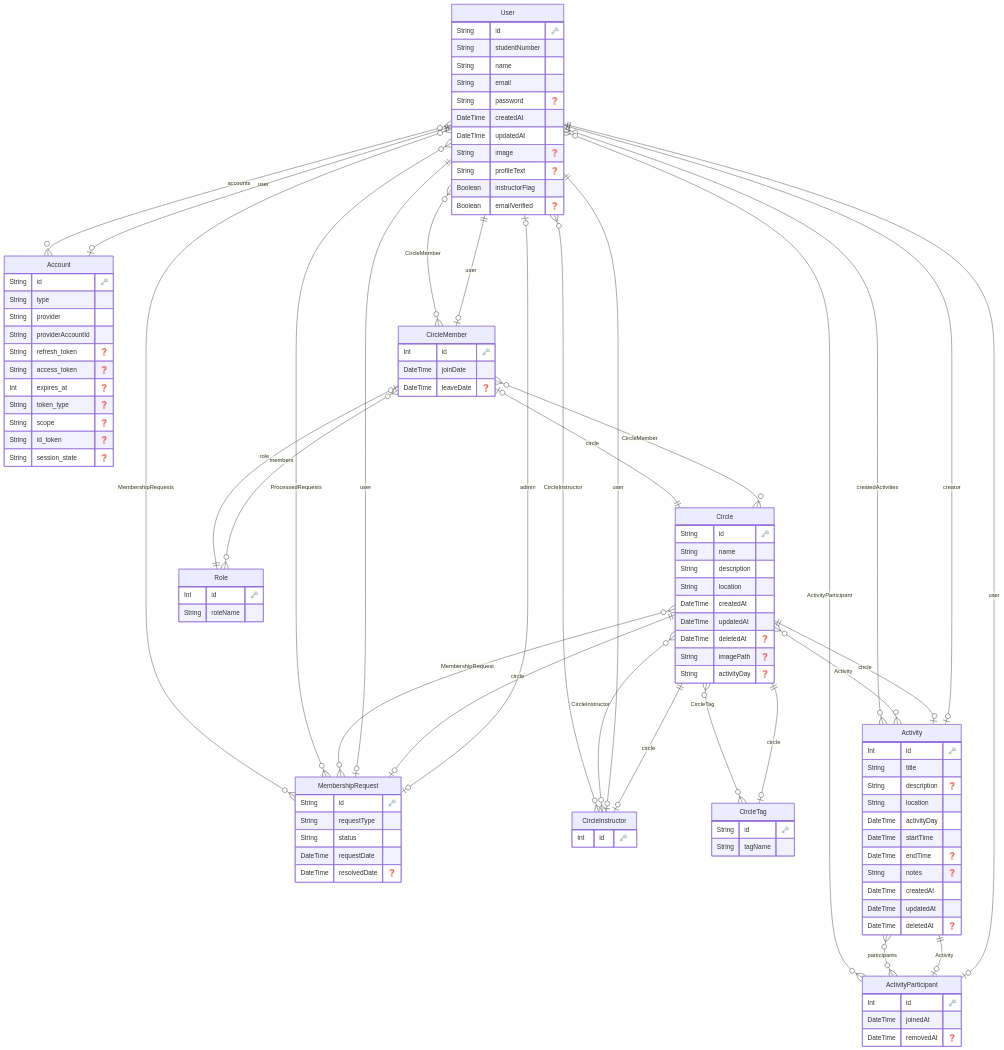
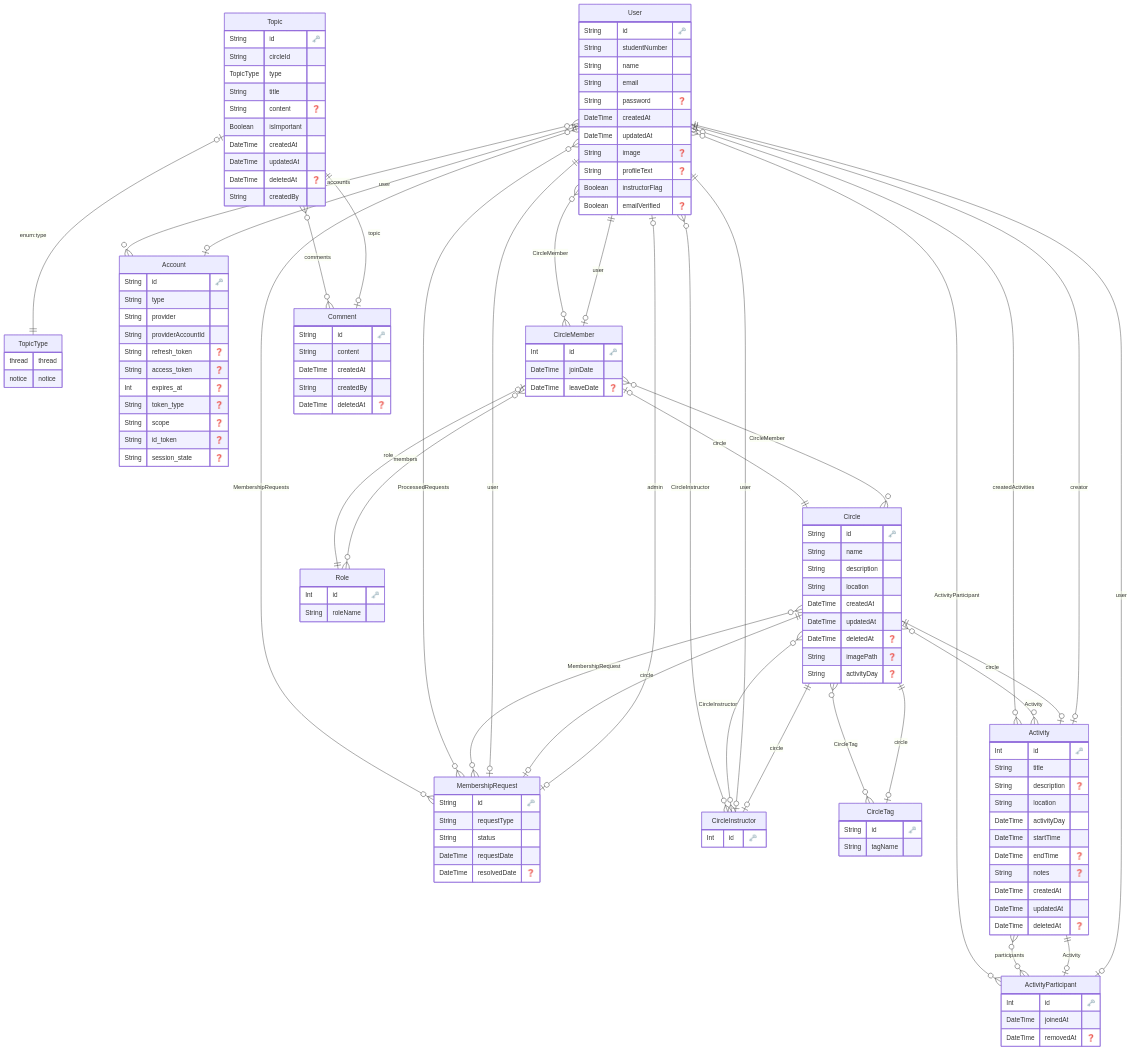
One commit to ocs-amo/amo changed the diagram in prisma/ERD.md. Above: the diagram before and after it, drawn with Mermaid. The commit also changed 3 other files, not shown here.

````diff
--- a/prisma/ERD.md
+++ b/prisma/ERD.md
@@ -1,5 +1,10 @@
 ```mermaid
 erDiagram
+
+        TopicType {
+            thread thread
+notice notice
+        }
 
   "User" {
     String id "🗝️"
@@ -98,6 +103,29 @@
     DateTime removedAt "❓"
     }
 
+
+  "Topic" {
+    String id "🗝️"
+    String circleId
+    TopicType type
+    String title
+    String content "❓"
+    Boolean isImportant
+    DateTime createdAt
+    DateTime updatedAt
+    DateTime deletedAt "❓"
+    String createdBy
+    }
+
+
+  "Comment" {
+    String id "🗝️"
+    String content
+    DateTime createdAt
+    String createdBy
+    DateTime deletedAt "❓"
+    }
+
     "User" o{--}o "Account" : "accounts"
     "User" o{--}o "CircleMember" : "CircleMember"
     "User" o{--}o "CircleInstructor" : "CircleInstructor"
@@ -126,4 +154,7 @@
     "Activity" o|--|| "User" : "creator"
     "ActivityParticipant" o|--|| "Activity" : "Activity"
     "ActivityParticipant" o|--|| "User" : "user"
+    "Topic" o|--|| "TopicType" : "enum:type"
+    "Topic" o{--}o "Comment" : "comments"
+    "Comment" o|--|| "Topic" : "topic"
 ```
````
